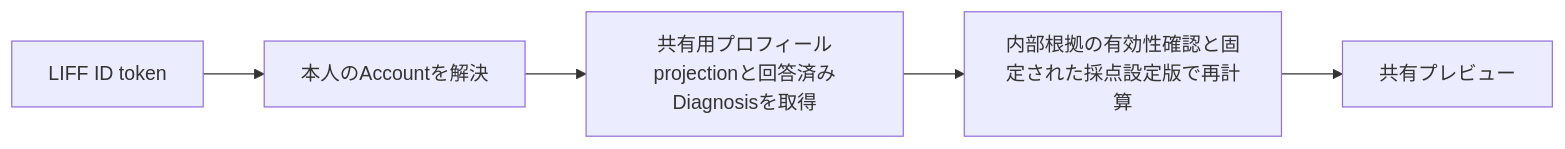
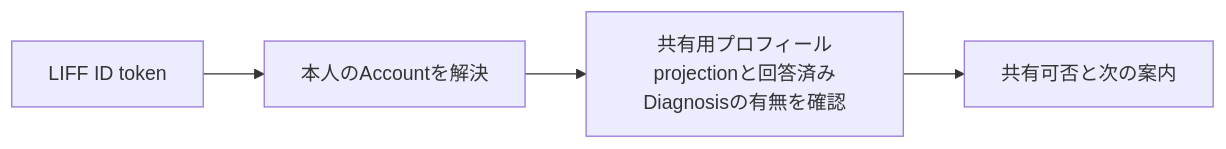
Before and after one commit to kkyosuke/me-builder: the first of 4 diagrams in docs/development/compatibility-api.md, drawn with Mermaid. The commit also changed other lines of this file and 68 other files, not shown here.

````diff
--- a/docs/development/compatibility-api.md
+++ b/docs/development/compatibility-api.md
@@ -41,7 +41,6 @@
 ```mermaid
 flowchart LR
     T[LIFF ID token] --> A[本人のAccountを解決]
-    A --> D[共有用プロフィールprojectionと回答済みDiagnosisを取得]
-    D --> S[内部根拠の有効性確認と固定された採点設定版で再計算]
-    S --> P[共有プレビュー]
+    A --> D[共有用プロフィールprojectionと回答済みDiagnosisの有無を確認]
+    D --> P[共有可否と次の案内]
 ```
````
